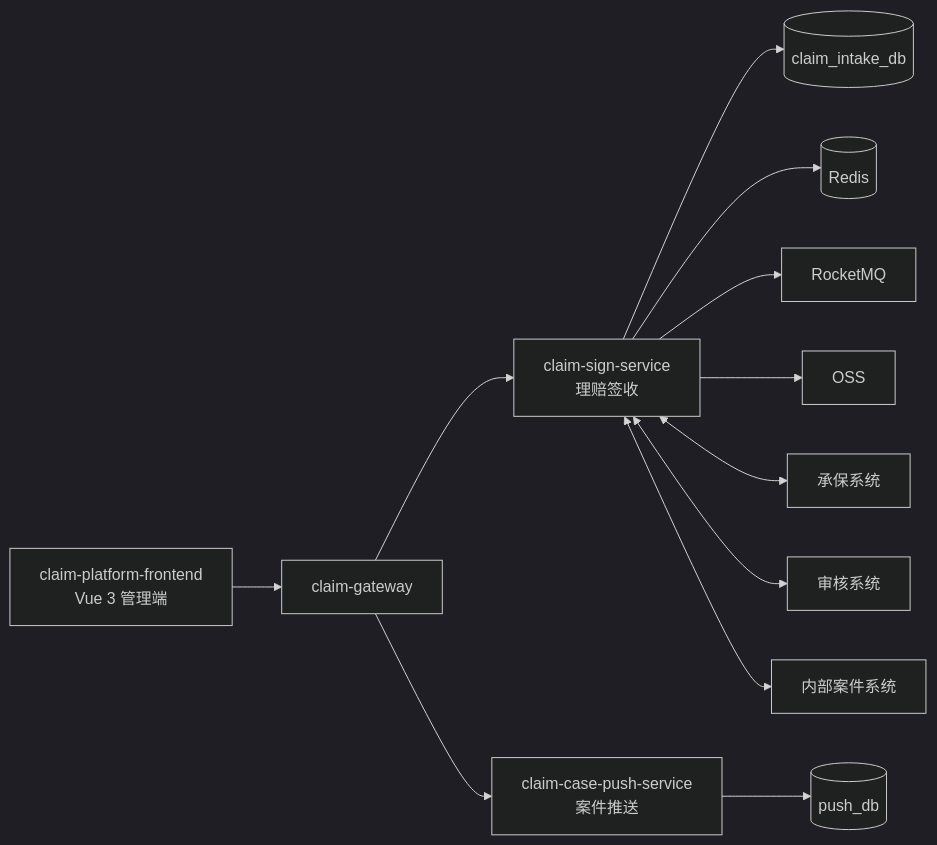
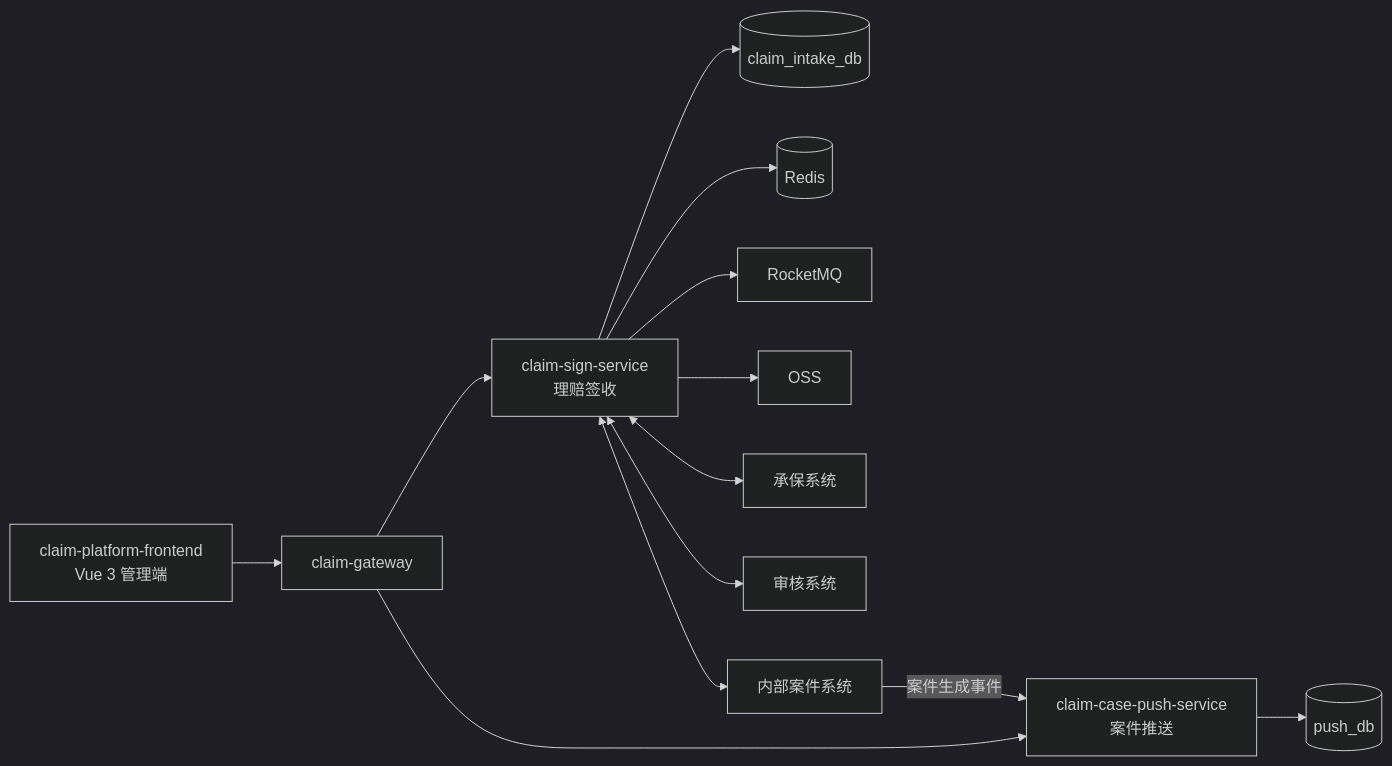
Before and after one commit to wangguangwu/claim-platform: the first of 2 diagrams in docs/specs/baseline.md, drawn with Mermaid (dark theme). The commit also changed other lines of this file and 5 other files, not shown here.

Commit message:
refactor(architecture): 对齐持久化与错误契约

````diff
--- a/docs/specs/baseline.md
+++ b/docs/specs/baseline.md
@@ -87,14 +88,15 @@
 ```mermaid
 flowchart LR
     FE[claim-platform-frontend\nVue 3 管理端] --> GW[claim-gateway]
     GW --> SIGN[claim-sign-service\n理赔签收]
     GW --> PUSH[claim-case-push-service\n案件推送]
     SIGN --> SIGNDB[(claim_intake_db)]
     PUSH --> PUSHDB[(push_db)]
     SIGN --> REDIS[(Redis)]
     SIGN --> MQ[RocketMQ]
     SIGN --> OSS[OSS]
     SIGN <--> POLICY[承保系统]
     SIGN <--> AUDIT[审核系统]
     SIGN <--> CASE[内部案件系统]
+    CASE -->|案件生成事件| PUSH
 ```
````
